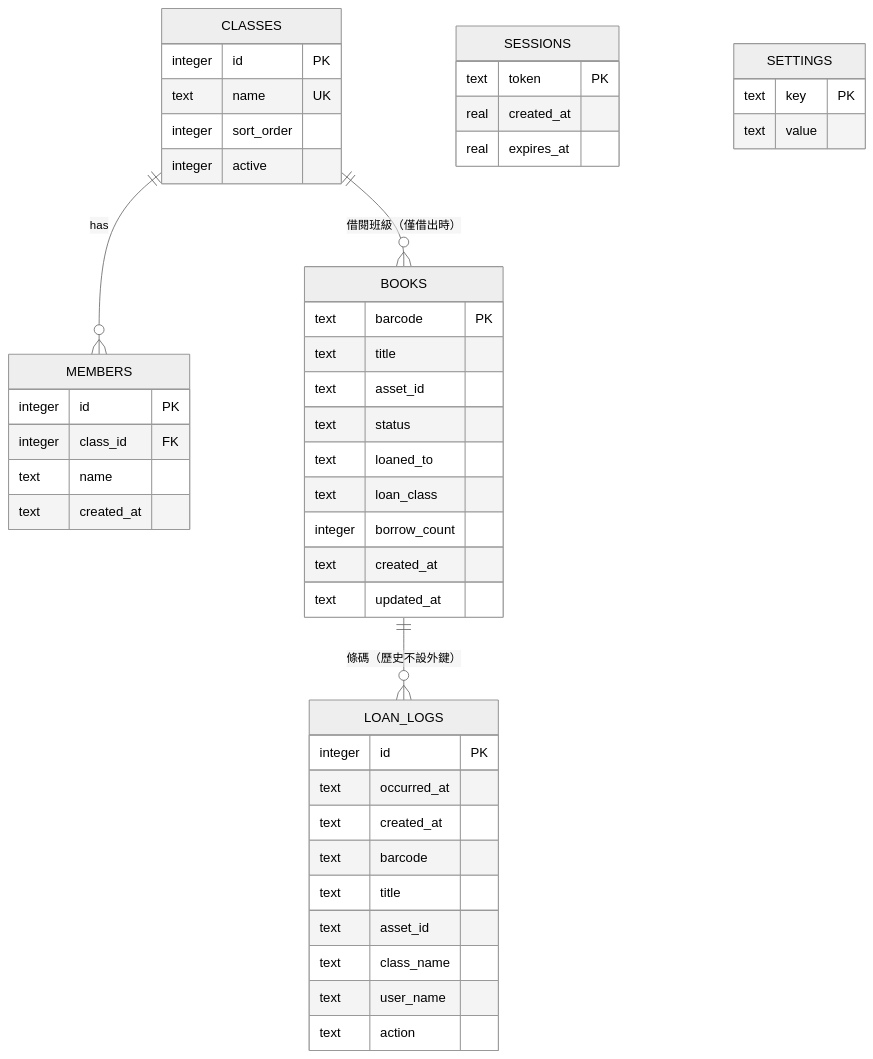
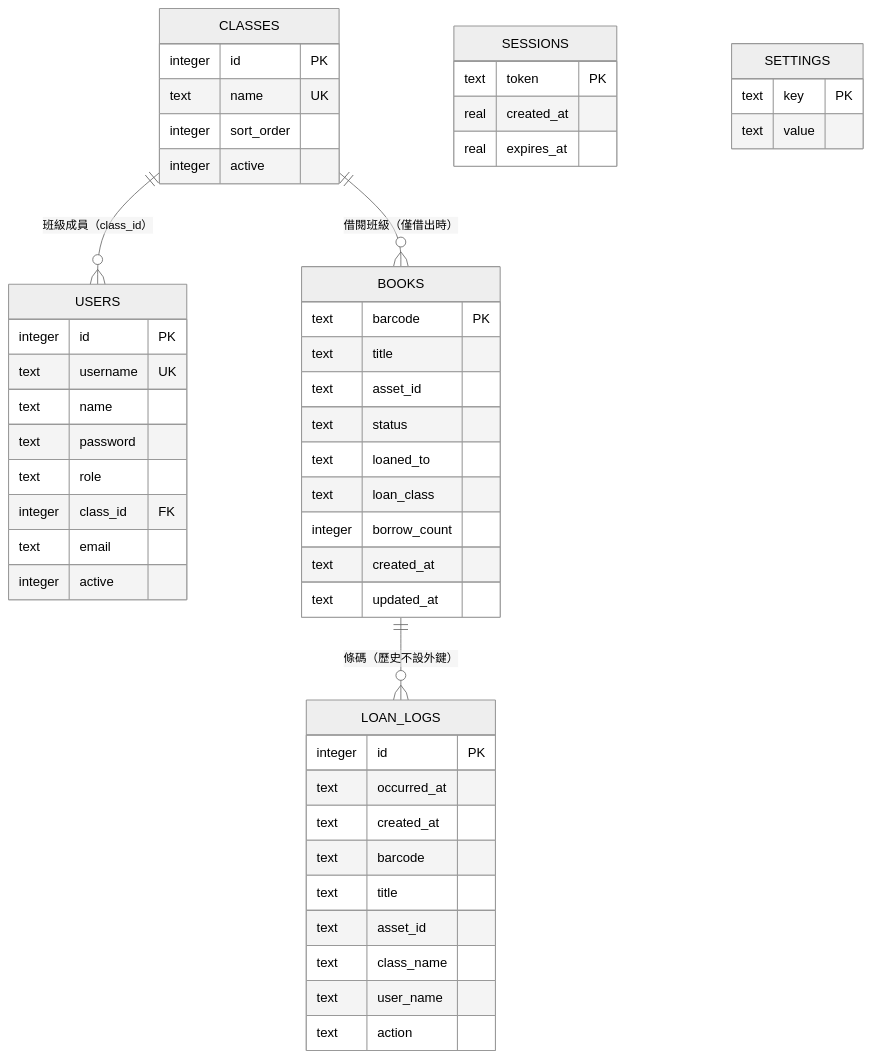
One commit to roverchen/simple-library changed the diagram in docs/資料庫設計.md. Above: the diagram before and after it, drawn with Mermaid (neutral theme). The commit also changed other lines of this file and 8 other files, not shown here.

First line of the commit message:
feat: 整合成員與圖書管理模式調整

````diff
--- a/docs/資料庫設計.md
+++ b/docs/資料庫設計.md
@@ -19,50 +19,54 @@
 ```mermaid
 erDiagram
-    CLASSES ||--o{ MEMBERS : "has"
+    CLASSES ||--o{ USERS : "班級成員（class_id）"
     CLASSES ||--o{ BOOKS : "借閱班級（僅借出時）"
     BOOKS ||--o{ LOAN_LOGS : "條碼（歷史不設外鍵）"
 
     CLASSES {
         integer id PK
         text    name UK
         integer sort_order
         integer active
     }
-    MEMBERS {
+    USERS {
         integer id PK
+        text    username UK
+        text    name
+        text    password
+        text    role
         integer class_id FK
-        text    name
-        text    created_at
+        text    email
+        integer active
     }
     BOOKS {
         text    barcode PK
         text    title
         text    asset_id
         text    status
         text    loaned_to
         text    loan_class
         integer borrow_count
         text    created_at
         text    updated_at
     }
     LOAN_LOGS {
         integer id PK
         text    occurred_at
         text    created_at
         text    barcode
         text    title
         text    asset_id
         text    class_name
         text    user_name
         text    action
     }
     SESSIONS {
         text    token PK
         real    created_at
         real    expires_at
     }
     SETTINGS {
         text    key PK
         text    value
     }
 ```
````
